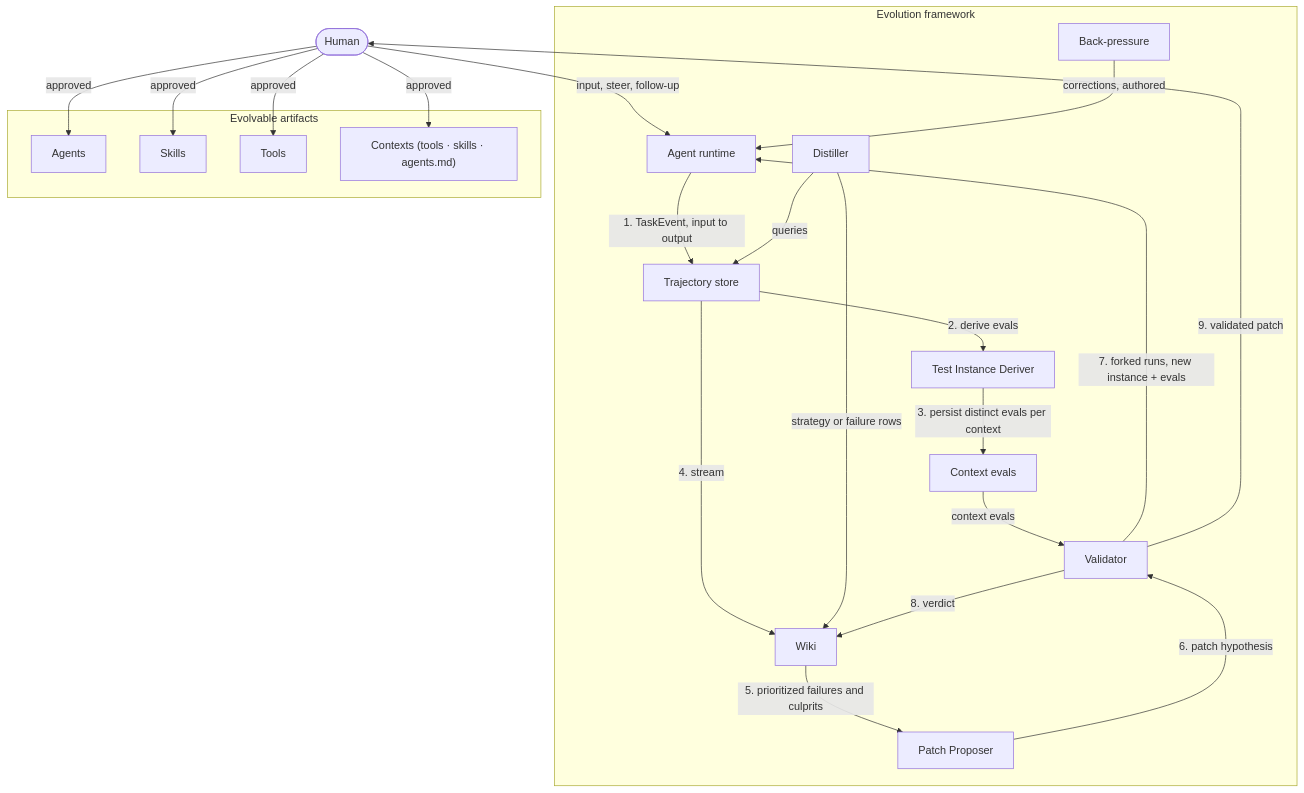
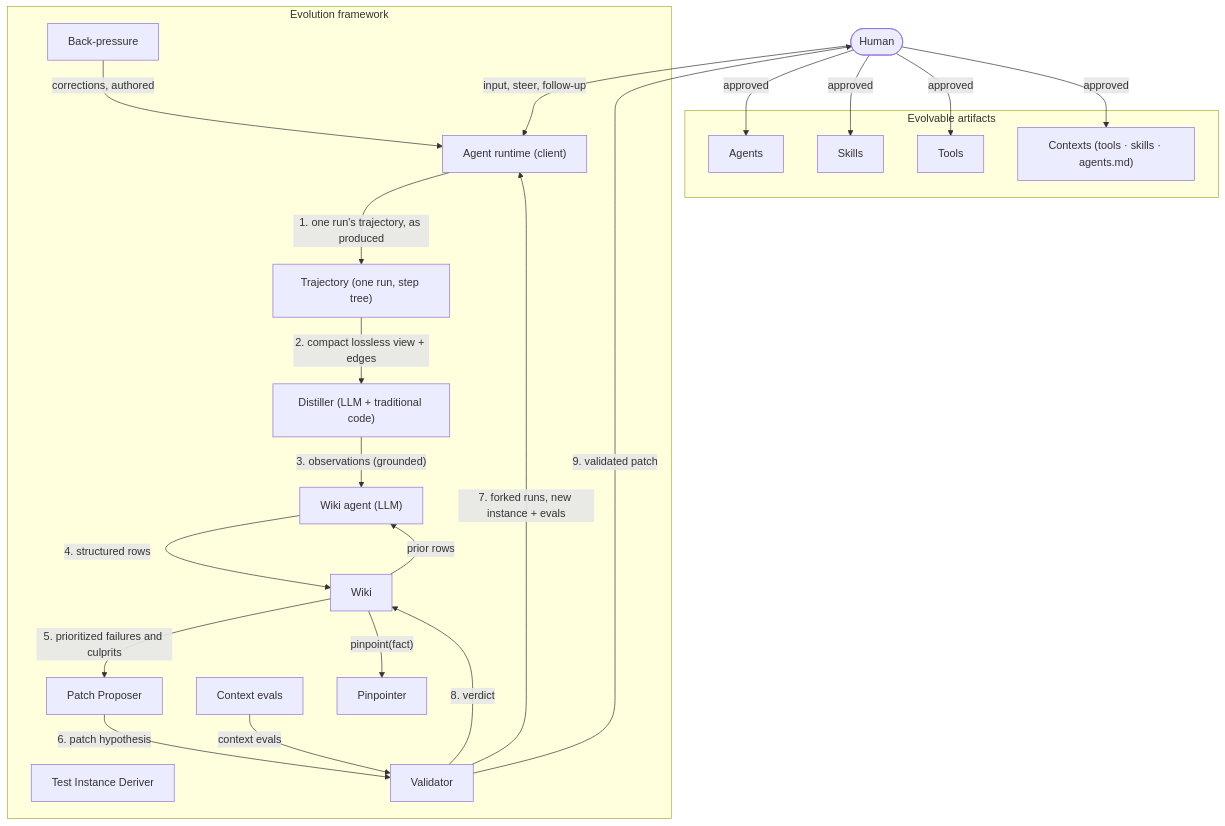
One commit to Ajaya1000/llmx changed the second of 5 diagrams in docs/architecture/evolution-framework.md. Above: the diagram before and after it, drawn with Mermaid. The commit also changed other lines of this file and 26 other files, not shown here.

````diff
--- a/docs/architecture/evolution-framework.md
+++ b/docs/architecture/evolution-framework.md
@@ -59,38 +64,40 @@
 ```mermaid
 flowchart TB
     H(["Human"]) -->|"input, steer, follow-up"| RT
 
     subgraph core["Evolution framework"]
-        RT["Agent runtime"]
-        TS["Trajectory store"]
+        RT["Agent runtime (client)"]
+        TR["Trajectory (one run, step tree)"]
+        D["Distiller (LLM + traditional code)"]
+        WA["Wiki agent (LLM)"]
         W["Wiki"]
-        D["Distiller"]
+        P["Pinpointer"]
         BP["Back-pressure"]
         ED["Test Instance Deriver"]
         ES["Context evals"]
         PP["Patch Proposer"]
         V["Validator"]
     end
 
     subgraph artifacts["Evolvable artifacts"]
         AG["Agents"]
         SK["Skills"]
         TL["Tools"]
         CX["Contexts (tools · skills · agents.md)"]
     end
 
-    RT -->|"1. TaskEvent, input to output"| TS
-    TS -->|"2. derive evals"| ED
-    ED -->|"3. persist distinct evals per context"| ES
-    TS -->|"4. stream"| W
+    RT -->|"1. one run's trajectory, as produced"| TR
+    TR -->|"2. compact lossless view + edges"| D
+    D -->|"3. observations (grounded)"| WA
+    W -->|"prior rows"| WA
+    WA -->|"4. structured rows"| W
     BP -->|"corrections, authored"| RT
-    D -->|"queries"| TS
-    D -->|"strategy or failure rows"| W
     W -->|"5. prioritized failures and culprits"| PP
+    W -->|"pinpoint(fact)"| P
     PP -->|"6. patch hypothesis"| V
     ES -->|"context evals"| V
     V -->|"7. forked runs, new instance + evals"| RT
     V -->|"8. verdict"| W
     V -->|"9. validated patch"| H
     H -->|"approved"| AG & SK & TL & CX
 ```
````
